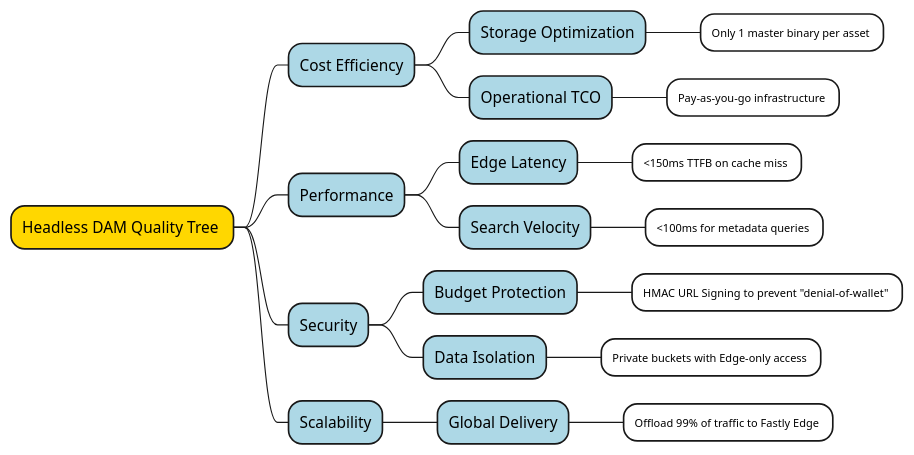
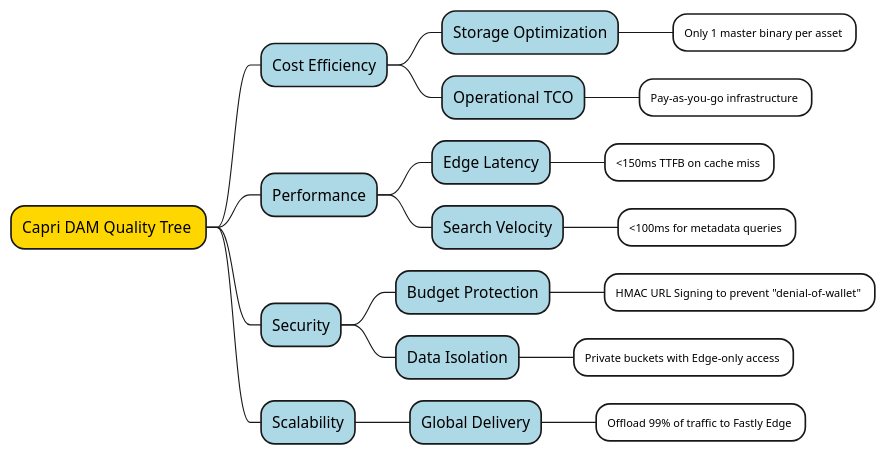
One commit to Capri-Labs/capri-dam changed the diagram in docs/architecture/src/10_quality_scenarios.adoc. Above: the diagram before and after it, drawn with PlantUML. The commit also changed other lines of this file and 47 other files, not shown here.

```diff
--- a/docs/architecture/src/10_quality_scenarios.adoc
+++ b/docs/architecture/src/10_quality_scenarios.adoc
@@ -10,38 +10,38 @@
 [plantuml, target="quality-tree", format="svg"]
 ....
 @startmindmap
 <style>
 mindmapDiagram {
   node {
     BackgroundColor lightblue
   }
   .goal {
     BackgroundColor gold
   }
   .scenario {
     BackgroundColor white
     FontSize 10
   }
 }
 </style>
-* Headless DAM Quality Tree <<goal>>
+* Capri DAM Quality Tree <<goal>>
 ** Cost Efficiency
 *** Storage Optimization
 **** Only 1 master binary per asset <<scenario>>
 *** Operational TCO
 **** Pay-as-you-go infrastructure <<scenario>>
 ** Performance
 *** Edge Latency
 **** <150ms TTFB on cache miss <<scenario>>
 *** Search Velocity
 **** <100ms for metadata queries <<scenario>>
 ** Security
 *** Budget Protection
 **** HMAC URL Signing to prevent "denial-of-wallet" <<scenario>>
 *** Data Isolation
 **** Private buckets with Edge-only access <<scenario>>
 ** Scalability
 *** Global Delivery
 **** Offload 99% of traffic to Fastly Edge <<scenario>>
 @endmindmap
 ....
```
